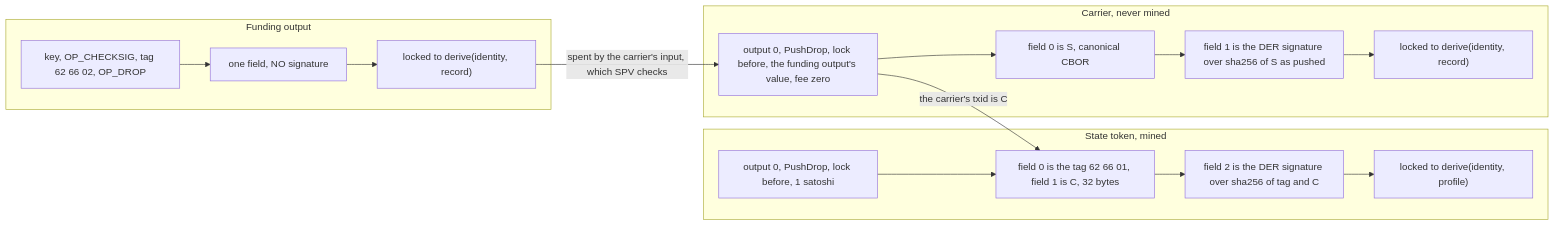
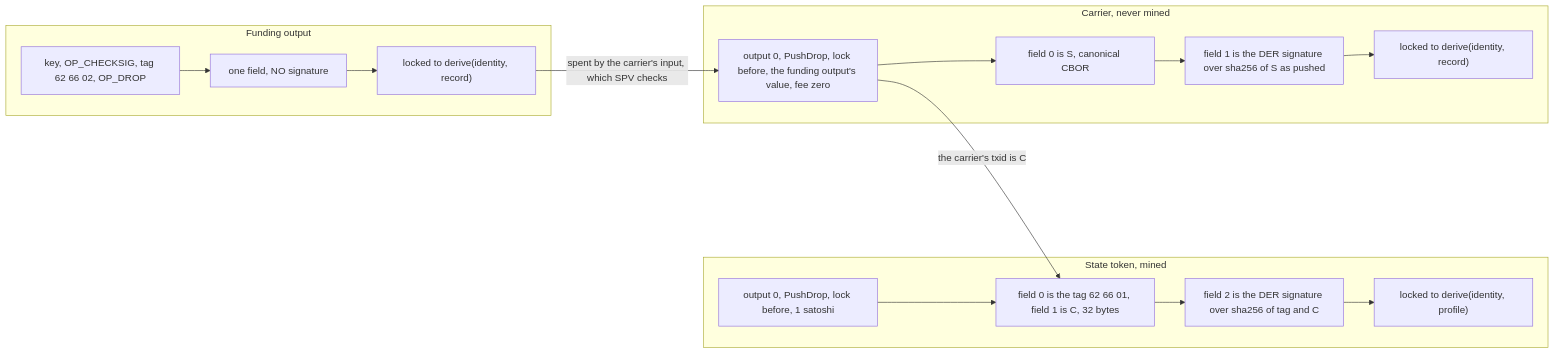
The sixth of 19 diagrams in docs/flows.md (lightwebinc/bfinger), drawn with Mermaid before and after one commit. The commit also changed other lines of this file and 9 other files, not shown here.

First line of the commit message:
[Fix] diagrams: a spacer where the viewer's controls land

````diff
--- a/docs/flows.md
+++ b/docs/flows.md
@@ -208,14 +223,19 @@
 ```mermaid
 flowchart LR
   subgraph tok["State token, mined"]
     TK1["output 0, PushDrop, lock before, 1 satoshi"] --> TK2["field 0 is the tag 62 66 01, field 1 is C, 32 bytes"] --> TK3["field 2 is the DER signature over sha256 of tag and C"] --> TK4["locked to derive(identity, profile)"]
   end
   subgraph car["Carrier, never mined"]
     CR1["output 0, PushDrop, lock before, the funding output's value, fee zero"] --> CR2["field 0 is S, canonical CBOR"] --> CR3["field 1 is the DER signature over sha256 of S as pushed"] --> CR4["locked to derive(identity, record)"]
   end
   subgraph fnd["Funding output"]
     FD1["key, OP_CHECKSIG, tag 62 66 02, OP_DROP"] --> FD2["one field, NO signature"] --> FD3["locked to derive(identity, record)"]
   end
   FD3 -->|"spent by the carrier's input, which SPV checks"| CR1
   CR1 -->|"the carrier's txid is C"| TK2
+  %% The last node is an invisible spacer in the rightmost rank: the rendered
+  %% viewer places its zoom and pan controls over the bottom-right corner.
+  CR3 ~~~ pad
+  pad["&nbsp;<br/>&nbsp;<br/>&nbsp;<br/>&nbsp;<br/>&nbsp;"]:::pad
+  classDef pad fill:none,stroke:none,color:transparent
 ```
````
